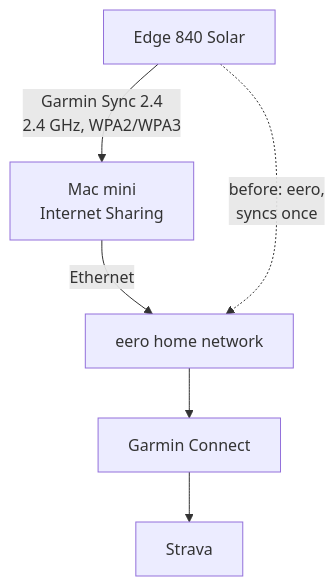
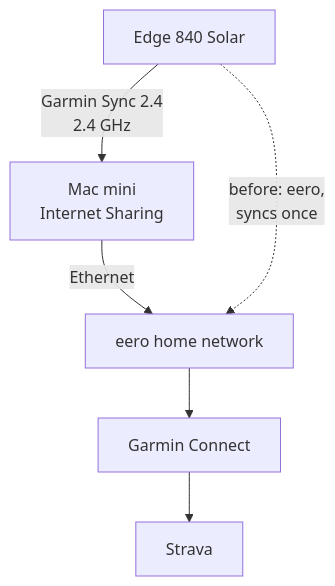
One commit to dcwfz9/derek-engineer changed the diagram in content/posts/garmin-edge-840-eero-wifi-sync.md. Above: the diagram before and after it, drawn with Mermaid. The commit also changed other lines of this file, not shown here.

Commit message:
Garmin post: trim to the fix, how I got there, and the verdict

````diff
--- a/content/posts/garmin-edge-840-eero-wifi-sync.md
+++ b/content/posts/garmin-edge-840-eero-wifi-sync.md
@@ -155,8 +25,8 @@
 ```mermaid
 flowchart TD
-    EDGE["Edge 840 Solar"] -->|"Garmin Sync 2.4\n2.4 GHz, WPA2/WPA3"| MAC["Mac mini\nInternet Sharing"]
+    EDGE["Edge 840 Solar"] -->|"Garmin Sync 2.4\n2.4 GHz"| MAC["Mac mini\nInternet Sharing"]
     MAC -->|"Ethernet"| EERO["eero home network"]
     EDGE -.->|"before: eero,\nsyncs once"| EERO
     EERO --> GC["Garmin Connect"]
     GC --> ST["Strava"]
 ```
````
